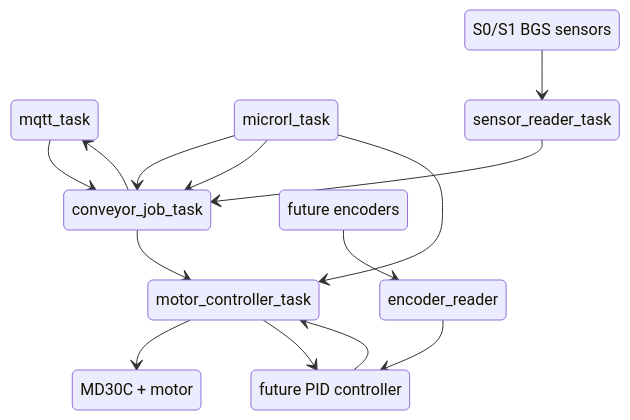
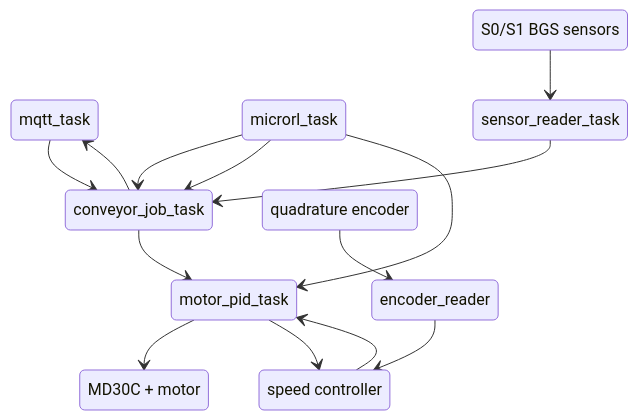
Before and after one commit to anbu-05/conveyor_control_firmware: the diagram in docs/architecture.mmd, drawn with Mermaid. The commit also changed 10 other files, not shown here.

```diff
--- a/docs/architecture.mmd
+++ b/docs/architecture.mmd
@@ -1,25 +1,25 @@
 stateDiagram
     mqtt: mqtt_task
     microrl: microrl_task
     sensor_controller: sensor_reader_task
     statemachine: conveyor_job_task
-    motor_controller: motor_controller_task
-    PID_controller: future PID controller
-    encoders: future encoders
+    motor_controller: motor_pid_task
+    speed_controller: speed controller
+    encoders: quadrature encoder
     sensors: S0/S1 BGS sensors
     motors: MD30C + motor
 
     mqtt --> statemachine
     statemachine --> mqtt
     microrl --> statemachine
     microrl --> statemachine
     microrl --> motor_controller
     statemachine --> motor_controller
     motor_controller --> motors
     sensor_controller --> statemachine
     sensors --> sensor_controller
     encoder_reader: encoder_reader
     encoders --> encoder_reader
-    encoder_reader --> PID_controller
-    PID_controller --> motor_controller
-    motor_controller --> PID_controller
+    encoder_reader --> speed_controller
+    speed_controller --> motor_controller
+    motor_controller --> speed_controller
```
